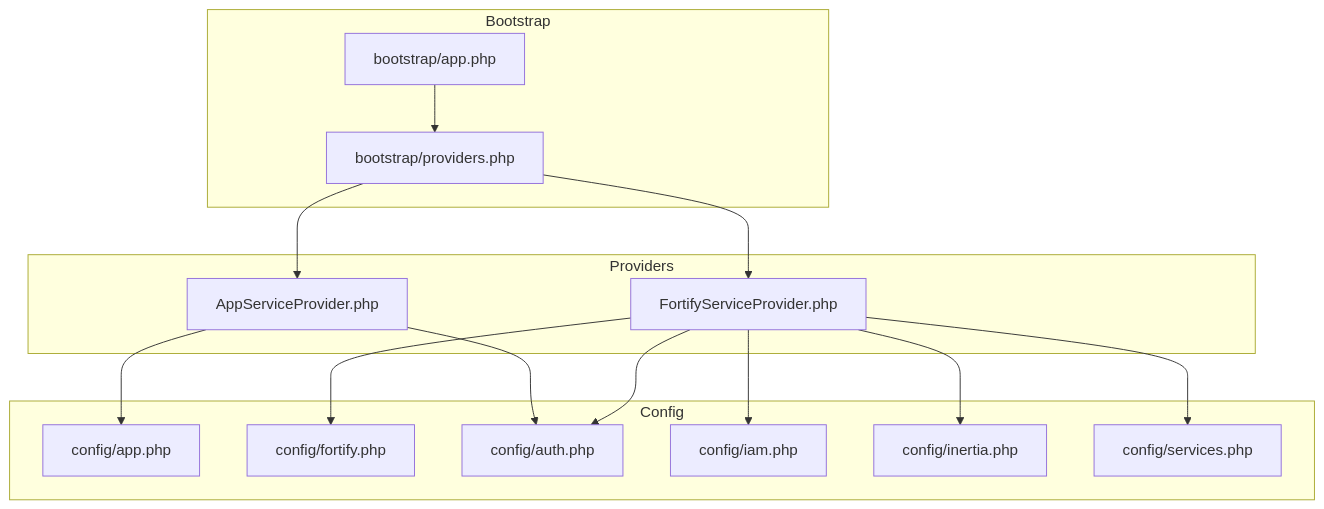
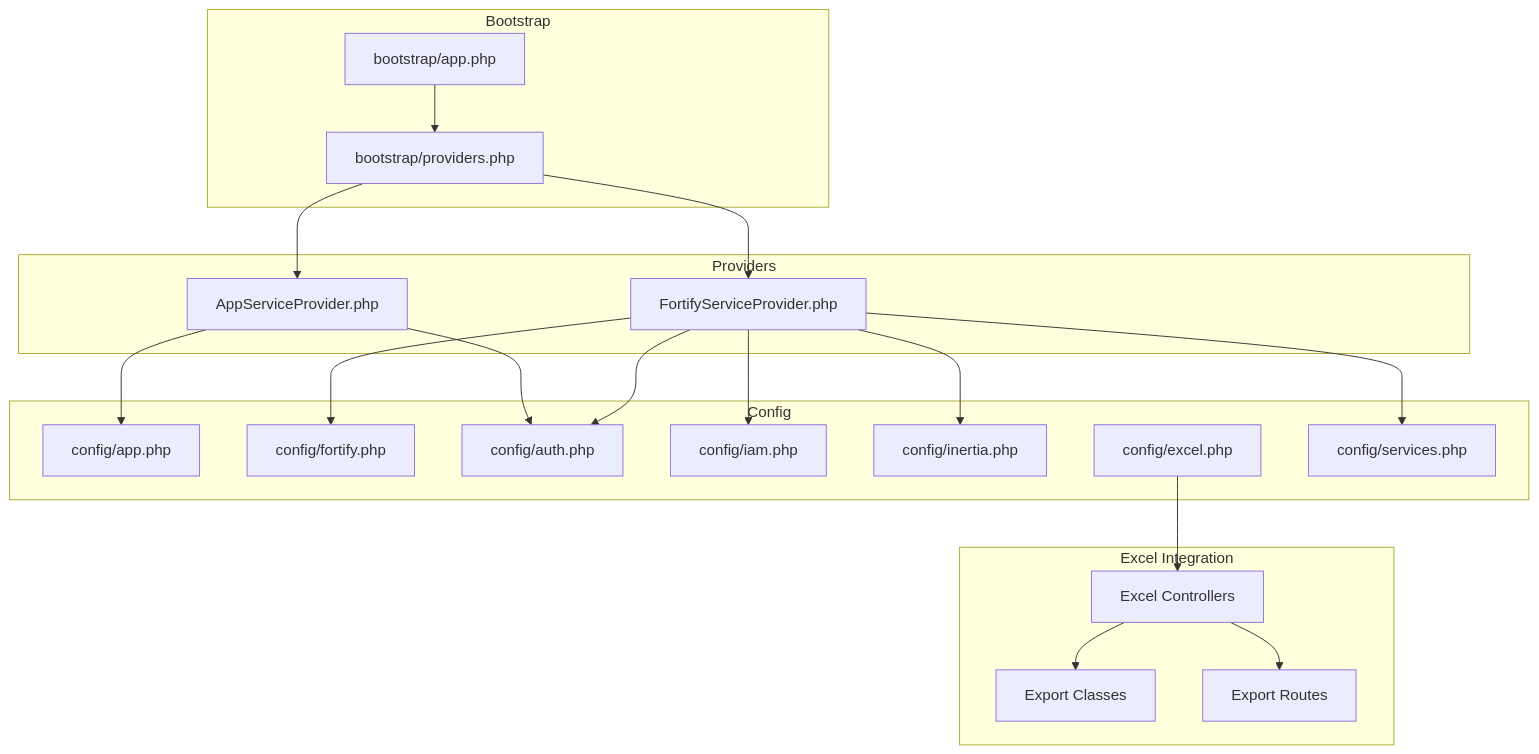
One commit to PA-Penajam/kepegawaian_apps changed the first of 7 diagrams in .qoder/repowiki/en/content/Backend Architecture/Provider & Configuration.md. Above: the diagram before and after it, drawn with Mermaid. The commit also changed other lines of this file and 5 other files, not shown here.

````diff
--- a/.qoder/repowiki/en/content/Backend Architecture/Provider & Configuration.md
+++ b/.qoder/repowiki/en/content/Backend Architecture/Provider & Configuration.md
@@ -43,29 +64,38 @@
 ```mermaid
 graph TB
 subgraph "Bootstrap"
 BA["bootstrap/app.php"]
 BP["bootstrap/providers.php"]
 end
 subgraph "Providers"
 ASP["AppServiceProvider.php"]
 FSP["FortifyServiceProvider.php"]
 end
 subgraph "Config"
 CA["config/app.php"]
 CF["config/fortify.php"]
 CAuth["config/auth.php"]
 CIAM["config/iam.php"]
 CInertia["config/inertia.php"]
+CExcel["config/excel.php"]
 CSvc["config/services.php"]
+end
+subgraph "Excel Integration"
+ECtrl["Excel Controllers"]
+EExports["Export Classes"]
+ERoutes["Export Routes"]
 end
 BA --> BP
 BP --> ASP
 BP --> FSP
 ASP --> CA
 ASP --> CAuth
 FSP --> CF
 FSP --> CAuth
 FSP --> CIAM
 FSP --> CInertia
 FSP --> CSvc
+CExcel --> ECtrl
+ECtrl --> EExports
+ECtrl --> ERoutes
 ```
````
